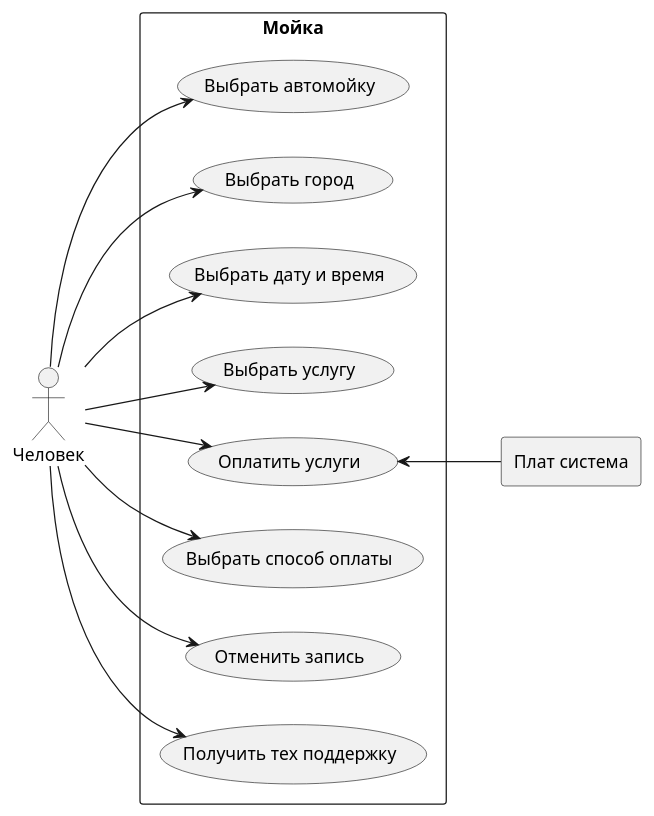
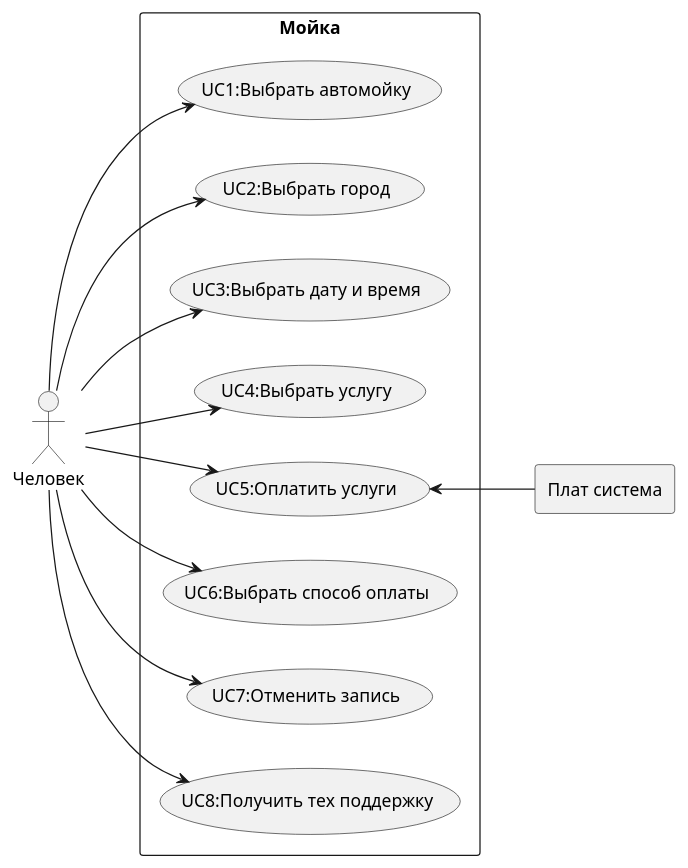
Before and after one commit to Dimasik001/lab1: the diagram in README.md, drawn with PlantUML. The commit also changed other lines of this file, not shown here.

```diff
--- a/README.md
+++ b/README.md
@@ -1,24 +1,24 @@
 @startuml
 left to right direction
 actor "Человек" as fc
 rectangle "Плат система" as pc
 rectangle Мойка{
-  usecase "Выбрать автомойку" as UC1
-  usecase "Выбрать город" as UC2
-  usecase "Выбрать дату и время" as UC3
-  usecase "Выбрать услугу" as UC4 
-usecase "Оплатить услуги" as UC5
-  usecase "Выбрать способ оплаты" as UC6
- usecase "Отменить запись" as UC7
- usecase "Получить тех поддержку" as UC8
+  usecase "UC1:Выбрать автомойку" as UC1
+  usecase "UC2:Выбрать город" as UC2
+  usecase "UC3:Выбрать дату и время" as UC3
+  usecase "UC4:Выбрать услугу" as UC4 
+usecase "UC5:Оплатить услуги" as UC5
+  usecase "UC6:Выбрать способ оплаты" as UC6
+ usecase "UC7:Отменить запись" as UC7
+ usecase "UC8:Получить тех поддержку" as UC8
 }
 fc --> UC1
 fc --> UC2
 fc --> UC3 
 fc --> UC4
 fc --> UC5 
 fc --> UC6
 fc --> UC7
 fc --> UC8
 UC5 <-- pc
 @enduml
```
